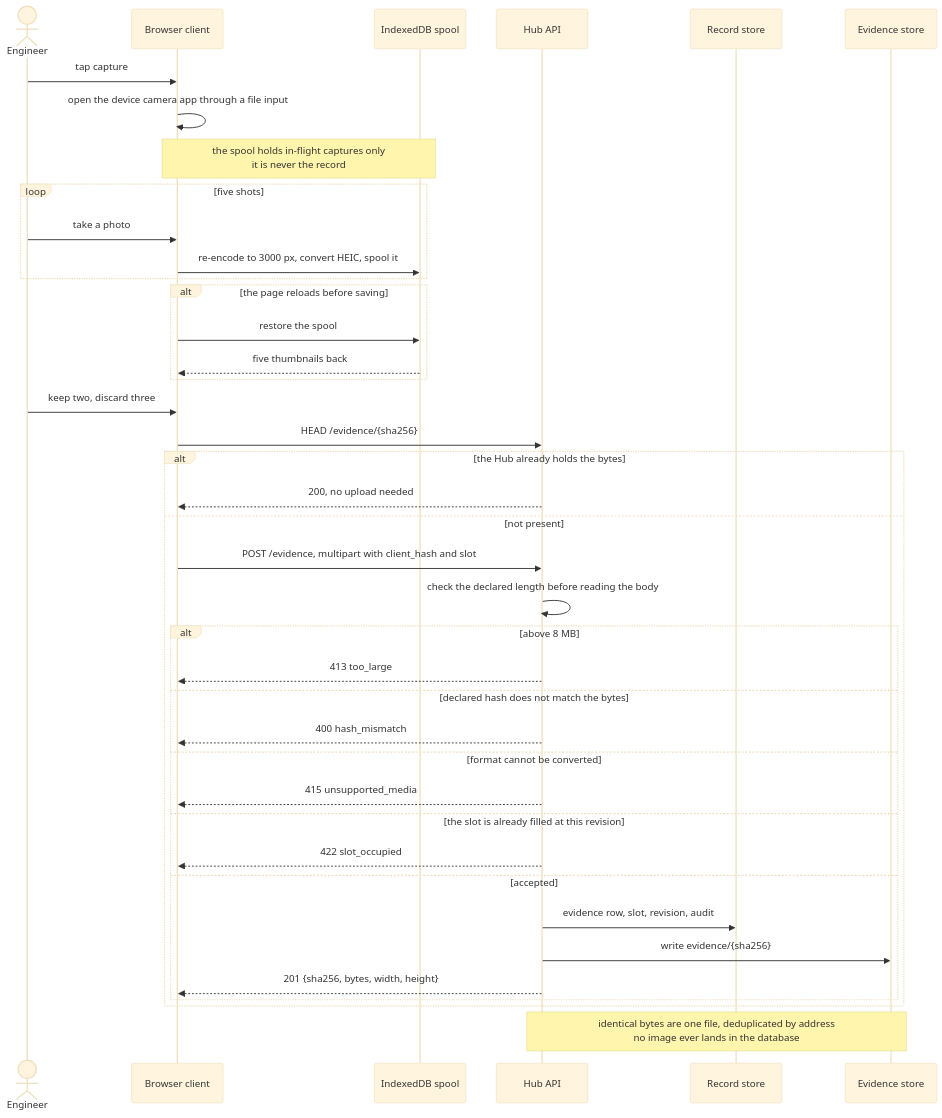
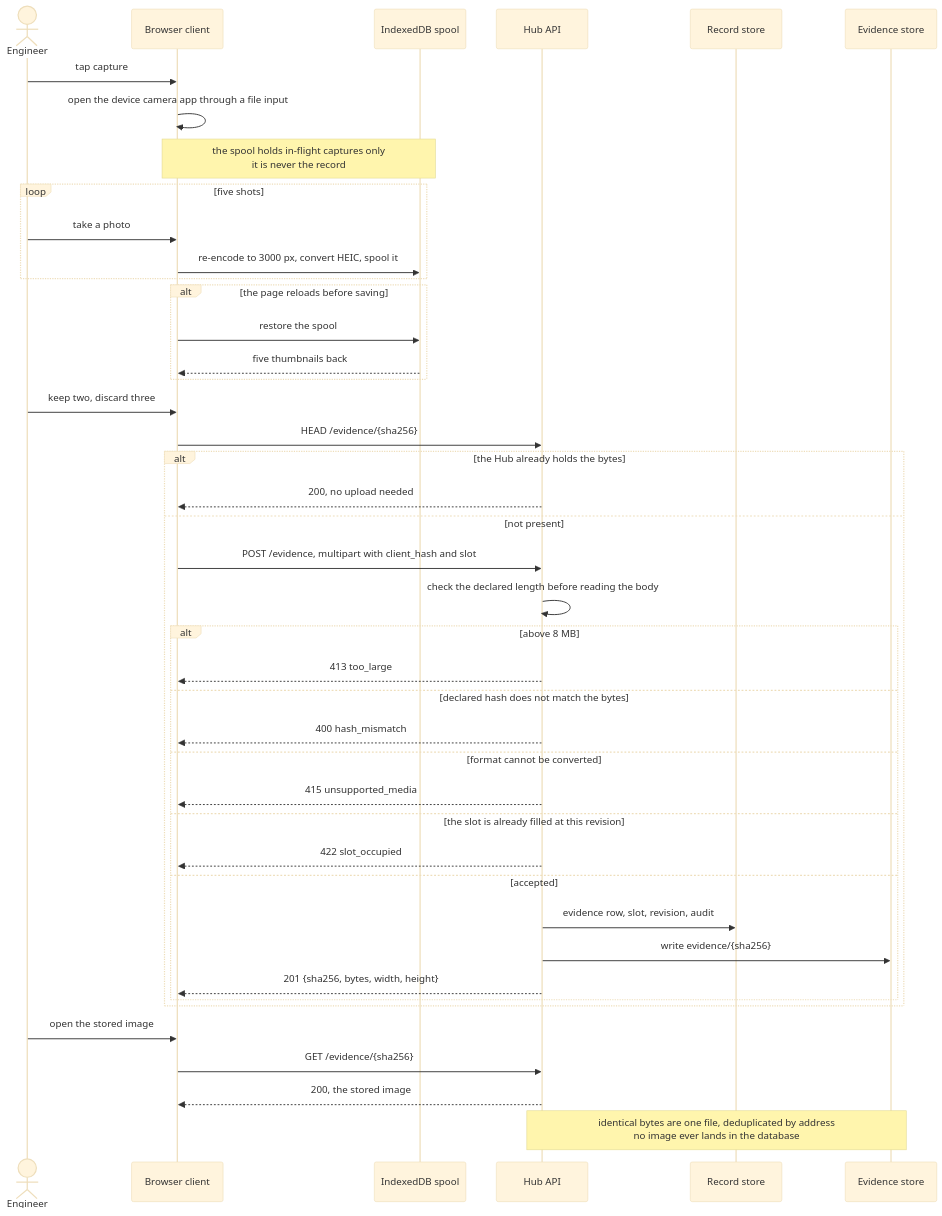
One commit to yny-godigital/site-inspection-tools changed the fifth of 17 diagrams in 04-design.md. Above: the diagram before and after it, drawn with Mermaid (base theme). The commit also changed other lines of this file and 14 other files, not shown here.

````diff
--- a/04-design.md
+++ b/04-design.md
@@ -198,42 +198,45 @@
 ```mermaid
 sequenceDiagram
   actor E as Engineer
   participant C as Browser client
   participant SP as IndexedDB spool
   participant API as Hub API
   participant DB as Record store
   participant EV as Evidence store
   E->>C: tap capture
   C->>C: open the device camera app through a file input
   Note over C,SP: the spool holds in-flight captures only<br/>it is never the record
   loop five shots
     E->>C: take a photo
     C->>SP: re-encode to 3000 px, convert HEIC, spool it
   end
   alt the page reloads before saving
     C->>SP: restore the spool
     SP-->>C: five thumbnails back
   end
   E->>C: keep two, discard three
   C->>API: HEAD /evidence/{sha256}
   alt the Hub already holds the bytes
     API-->>C: 200, no upload needed
   else not present
     C->>API: POST /evidence, multipart with client_hash and slot
     API->>API: check the declared length before reading the body
     alt above 8 MB
       API-->>C: 413 too_large
     else declared hash does not match the bytes
       API-->>C: 400 hash_mismatch
     else format cannot be converted
       API-->>C: 415 unsupported_media
     else the slot is already filled at this revision
       API-->>C: 422 slot_occupied
     else accepted
       API->>DB: evidence row, slot, revision, audit
       API->>EV: write evidence/{sha256}
       API-->>C: 201 {sha256, bytes, width, height}
     end
   end
+  E->>C: open the stored image
+  C->>API: GET /evidence/{sha256}
+  API-->>C: 200, the stored image
   Note over API,EV: identical bytes are one file, deduplicated by address<br/>no image ever lands in the database
 ```
````
